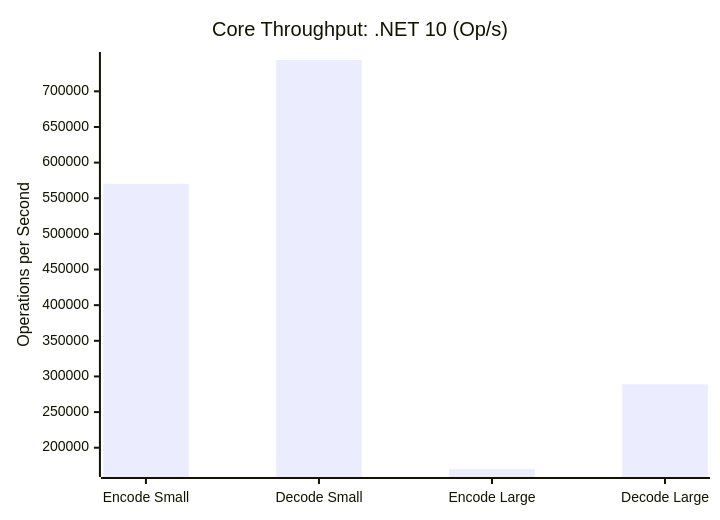
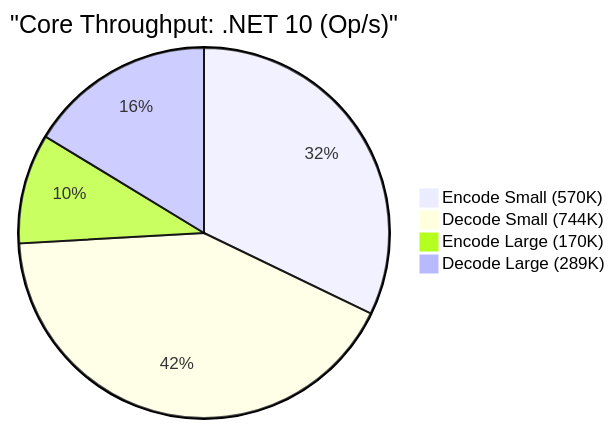
One commit to IsMikeTaken/ProtobuffEncoder changed the diagram in Writerside/topics/benchmarks_overview.md. Above: the diagram before and after it, drawn with Mermaid. The commit also changed other lines of this file and 64 other files, not shown here.

````diff
--- a/Writerside/topics/benchmarks_overview.md
+++ b/Writerside/topics/benchmarks_overview.md
@@ -7,7 +7,7 @@
 ```mermaid
-xychart-beta
-    title "Core Throughput: .NET 10 (Op/s)"
-    x-axis ["Encode Small", "Decode Small", "Encode Large", "Decode Large"]
-    y-axis "Operations per Second"
-    bar [570223, 743955, 170146, 289027]
+pie title "Core Throughput: .NET 10 (Op/s)"
+    "Encode Small (570K)" : 570223
+    "Decode Small (744K)" : 743955
+    "Encode Large (170K)" : 170146
+    "Decode Large (289K)" : 289027
 ```
````
